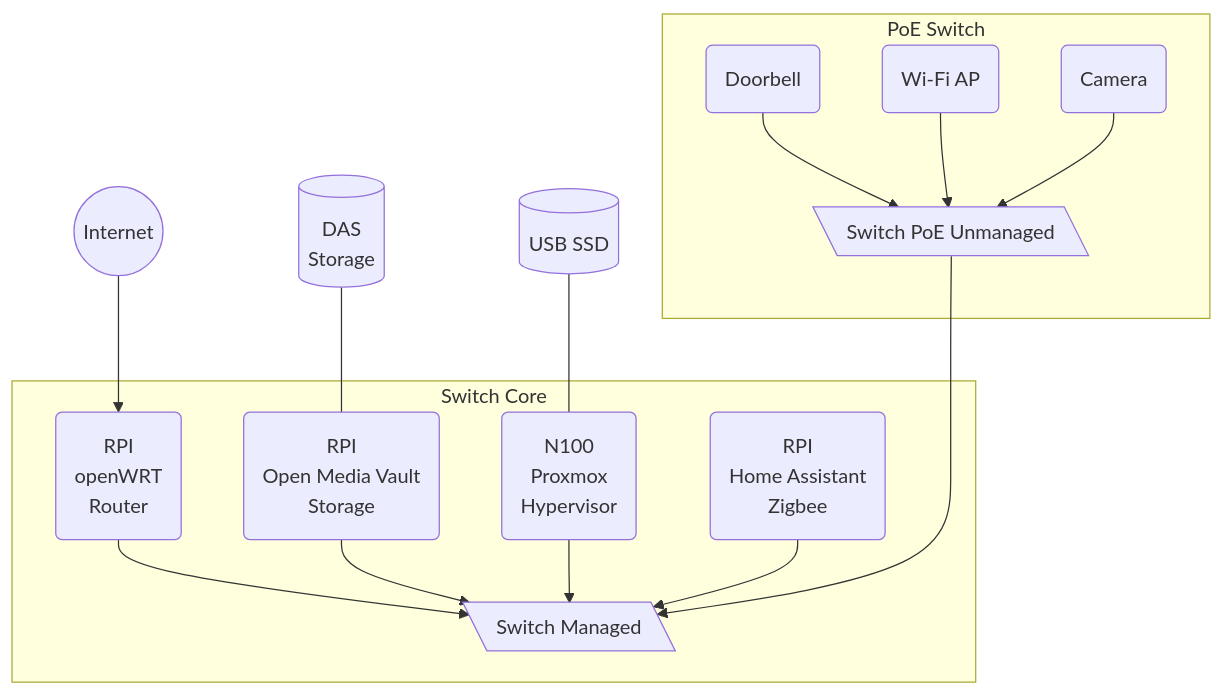
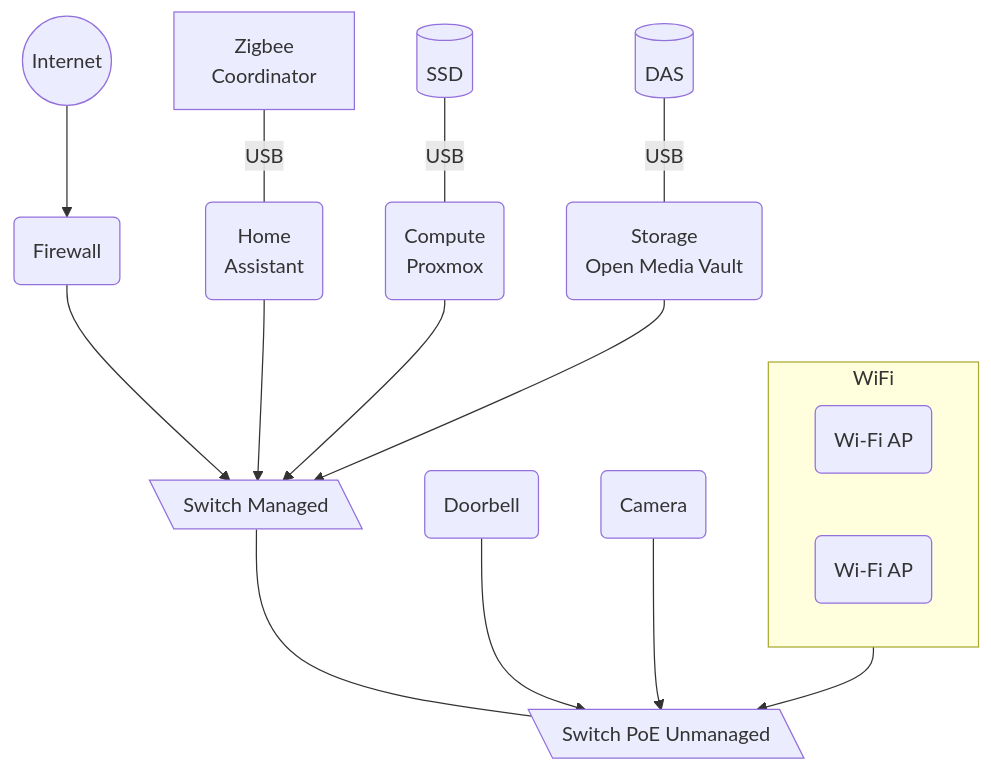
One commit to Livingdead1989/livingdead1989.github.io changed the first of 4 diagrams in _projects/homelab-2026.md. Above: the diagram before and after it, drawn with Mermaid. The commit also changed other lines of this file, not shown here.

```diff
--- a/_projects/homelab-2026.md
+++ b/_projects/homelab-2026.md
@@ -68,31 +68,27 @@
 <div class="mermaid">
-flowchart TD
-    isp((Internet)) --> openWRT(RPI 
-            openWRT 
-            Router)
+flowchart TB
+  isp((Internet)) --> fw
+  switchServer[\Switch Managed\] --- switchPoE[\Switch PoE Unmanaged\]
 
-    subgraph Switch Core
-        openWRT --> switchCore[\Switch Managed\]
-        omv(RPI 
-        Open Media Vault
-        Storage) --> switchCore
-        proxmox(N100 
-        Proxmox 
-        Hypervisor) --> switchCore
-        hassio(RPI 
-        Home Assistant 
-        Zigbee) --> switchCore
-    end
+  fw(Firewall) --> switchServer
+  hassio(Home 
+  Assistant) --> switchServer
+  proxmox(Compute
+  Proxmox) --> switchServer
+  omv(Storage
+  Open Media Vault) --> switchServer
 
-    disk[(DAS 
-        Storage)] --- omv
+  das[(DAS)] -- USB --- omv
+  ssd[(SSD)] -- USB --- proxmox
+  zigbee[Zigbee 
+  Coordinator] -- USB --- hassio
 
-    usbdisk[(USB SSD)] --- proxmox
+  doorbell(Doorbell) --> switchPoE
+  camera(Camera) --> switchPoE
 
-    subgraph PoE Switch
-        switchPoE[\Switch PoE Unmanaged\] ---> switchCore
-        doorbell(Doorbell) --> switchPoE
-        wifi(Wi-Fi AP) --> switchPoE
-        camera(Camera) --> switchPoE
-    end
+  subgraph WiFi
+    wifi1(Wi-Fi AP)
+    wifi2(Wi-Fi AP)
+  end
+  WiFi --> switchPoE
 </div>
```
